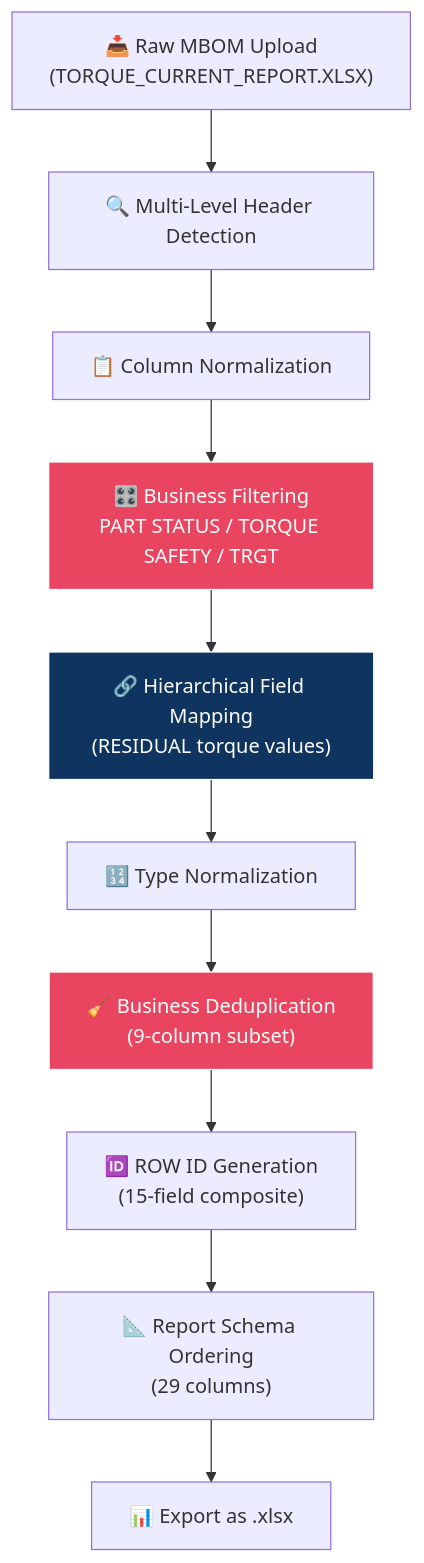
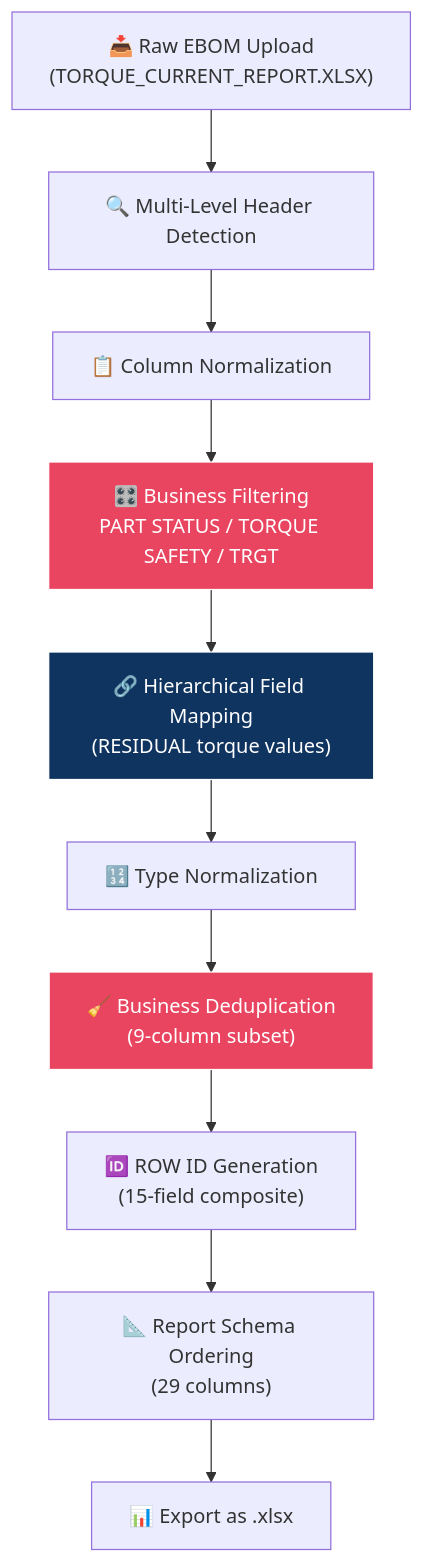
One commit to AjayRajput17/Industrial-Comparison-Analysis-System changed the first of 3 diagrams in report_generation_details.md. Above: the diagram before and after it, drawn with Mermaid. The commit also changed 1 other file, not shown here.

Commit message:
Renmane EBOM

````diff
--- a/report_generation_details.md
+++ b/report_generation_details.md
@@ -13,16 +13,16 @@
 ```mermaid
 flowchart TD
-    A["📥 Raw MBOM Upload<br/>(TORQUE_CURRENT_REPORT.XLSX)"] --> B["🔍 Multi-Level Header Detection"]
+    A["📥 Raw EBOM Upload<br/>(TORQUE_CURRENT_REPORT.XLSX)"] --> B["🔍 Multi-Level Header Detection"]
     B --> C["📋 Column Normalization"]
     C --> D["🎛️ Business Filtering<br/>PART STATUS / TORQUE SAFETY / TRGT"]
     D --> E["🔗 Hierarchical Field Mapping<br/>(RESIDUAL torque values)"]
     E --> F["🔢 Type Normalization"]
     F --> G["🧹 Business Deduplication<br/>(9-column subset)"]
     G --> H["🆔 ROW ID Generation<br/>(15-field composite)"]
     H --> I["📐 Report Schema Ordering<br/>(29 columns)"]
     I --> J["📊 Export as .xlsx"]
     
     style D fill:#e94560,stroke:#fff,color:#fff
     style G fill:#e94560,stroke:#fff,color:#fff
     style E fill:#0f3460,stroke:#fff,color:#fff
 ```
````
